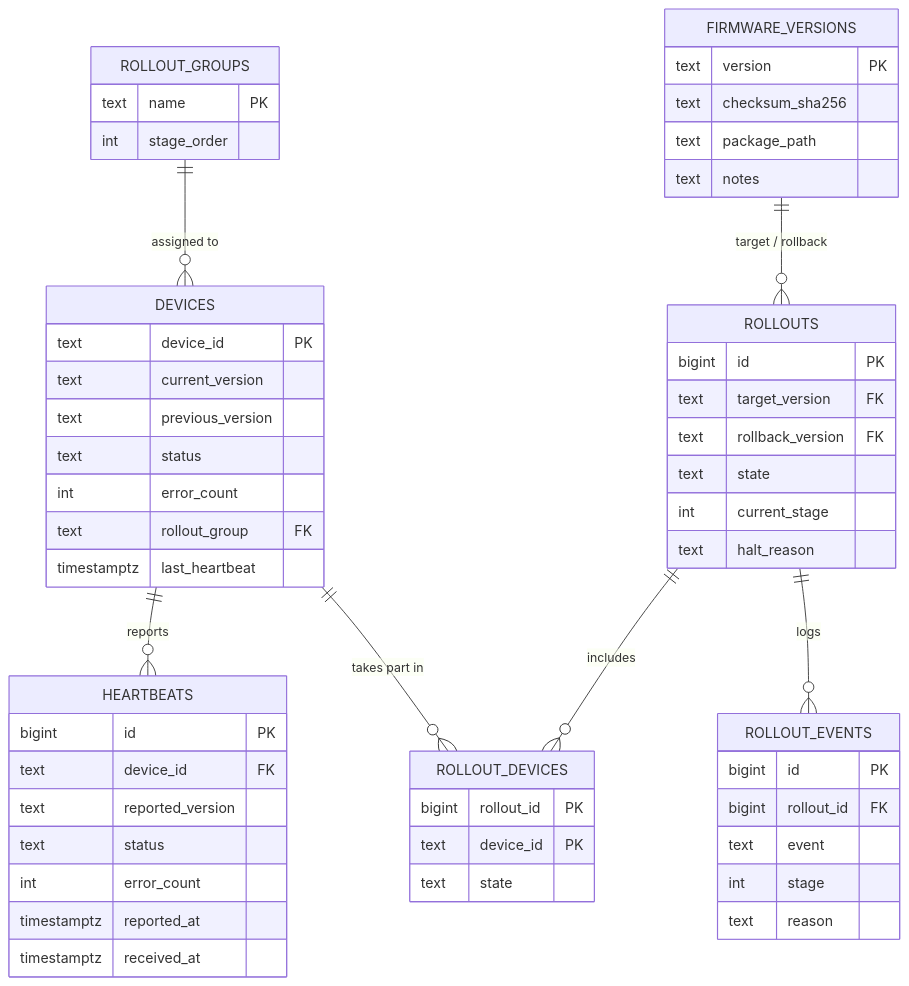
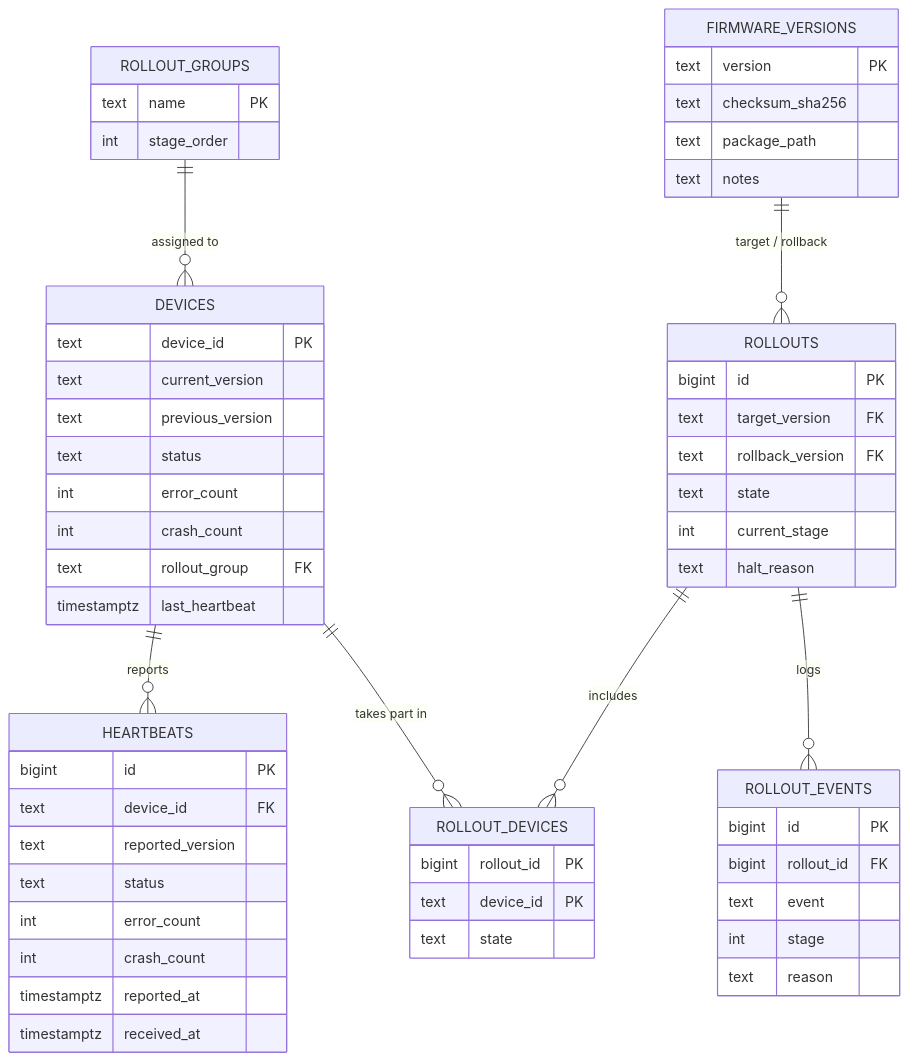
One commit to nathanmullins11/ota-fleet-manager changed the diagram in deploy/registries/postgres/database-schema.md. Above: the diagram before and after it, drawn with Mermaid. The commit also changed other lines of this file and 30 other files, not shown here.

````diff
--- a/deploy/registries/postgres/database-schema.md
+++ b/deploy/registries/postgres/database-schema.md
@@ -50,58 +50,60 @@
 ```mermaid
 erDiagram
     ROLLOUT_GROUPS ||--o{ DEVICES : "assigned to"
     DEVICES ||--o{ HEARTBEATS : "reports"
     FIRMWARE_VERSIONS ||--o{ ROLLOUTS : "target / rollback"
     ROLLOUTS ||--o{ ROLLOUT_DEVICES : "includes"
     DEVICES ||--o{ ROLLOUT_DEVICES : "takes part in"
     ROLLOUTS ||--o{ ROLLOUT_EVENTS : "logs"
 
     DEVICES {
         text device_id PK
         text current_version
         text previous_version
         text status
         int error_count
+        int crash_count
         text rollout_group FK
         timestamptz last_heartbeat
     }
     HEARTBEATS {
         bigint id PK
         text device_id FK
         text reported_version
         text status
         int error_count
+        int crash_count
         timestamptz reported_at
         timestamptz received_at
     }
     FIRMWARE_VERSIONS {
         text version PK
         text checksum_sha256
         text package_path
         text notes
     }
     ROLLOUT_GROUPS {
         text name PK
         int stage_order
     }
     ROLLOUTS {
         bigint id PK
         text target_version FK
         text rollback_version FK
         text state
         int current_stage
         text halt_reason
     }
     ROLLOUT_DEVICES {
         bigint rollout_id PK
         text device_id PK
         text state
     }
     ROLLOUT_EVENTS {
         bigint id PK
         bigint rollout_id FK
         text event
         int stage
         text reason
     }
 ```
````
